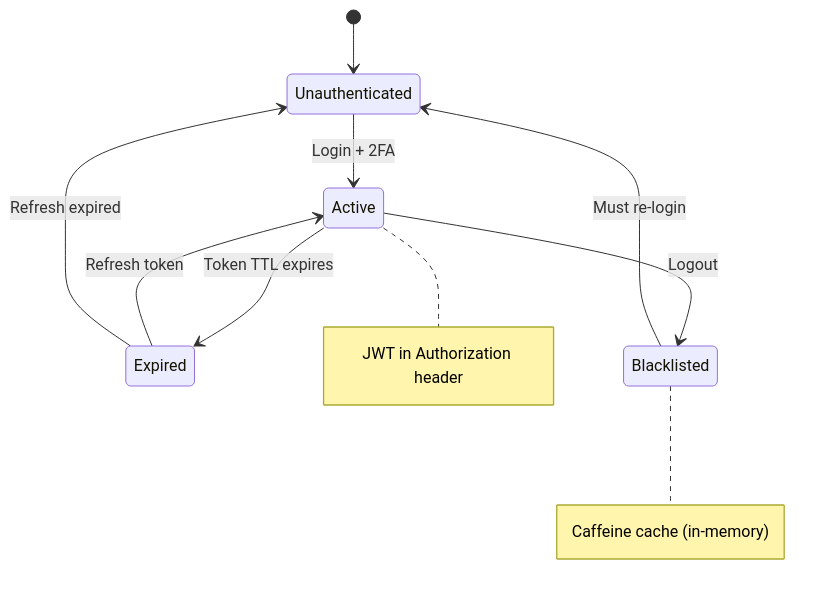
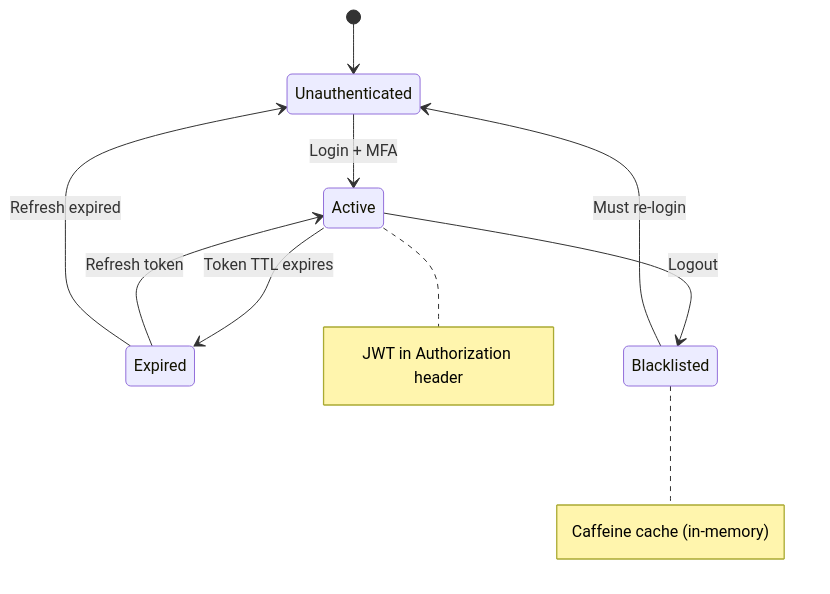
Before and after one commit to urvagandhi/coinTrack: the tenth of 12 diagrams in README.md, drawn with Mermaid. The commit also changed other lines of this file and 76 other files, not shown here.

````diff
--- a/README.md
+++ b/README.md
@@ -946,13 +946,13 @@
 ```mermaid
 stateDiagram-v2
     [*] --> Unauthenticated
-    Unauthenticated --> Active: Login + 2FA
+    Unauthenticated --> Active: Login + MFA
     Active --> Expired: Token TTL expires
     Active --> Blacklisted: Logout
     Expired --> Active: Refresh token
     Expired --> Unauthenticated: Refresh expired
     Blacklisted --> Unauthenticated: Must re-login
 
     note right of Active: JWT in Authorization header
     note right of Blacklisted: Caffeine cache (in-memory)
 ```
````
